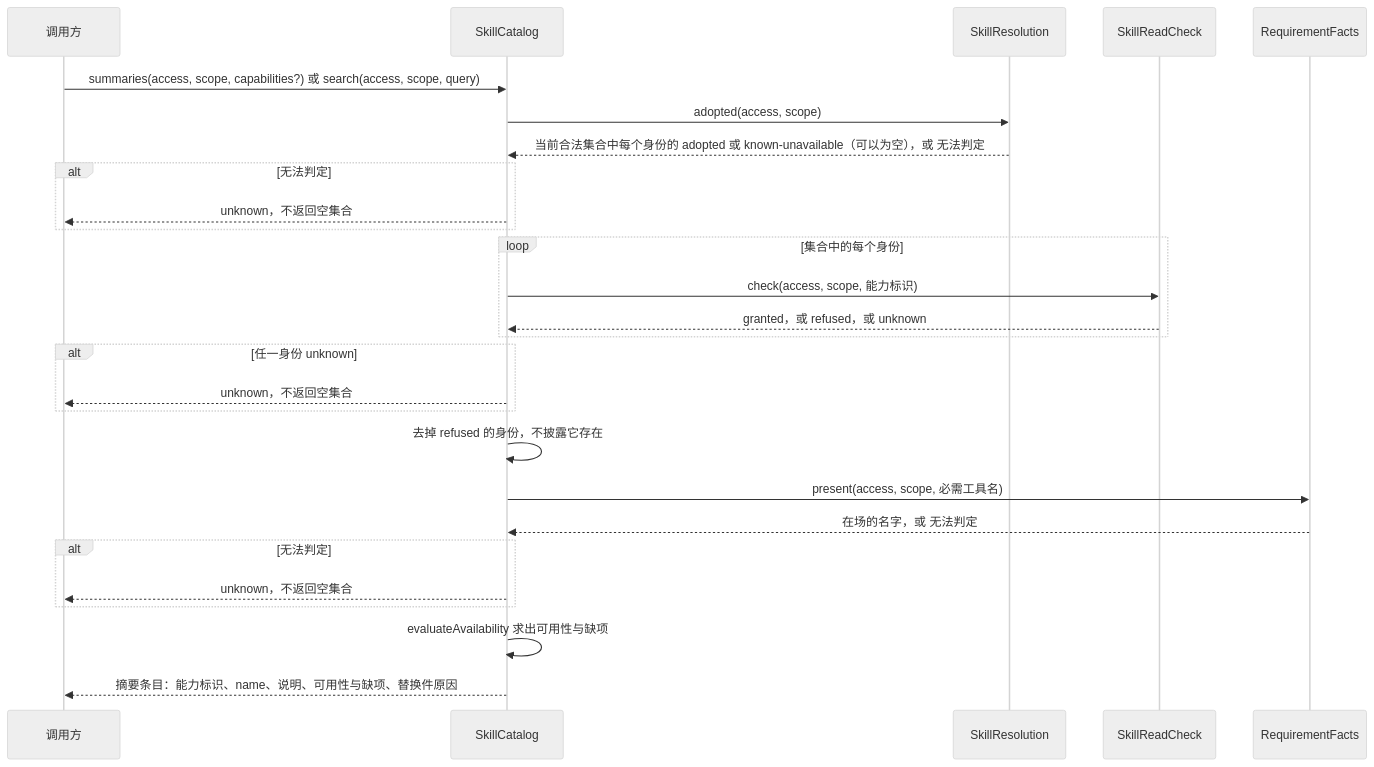
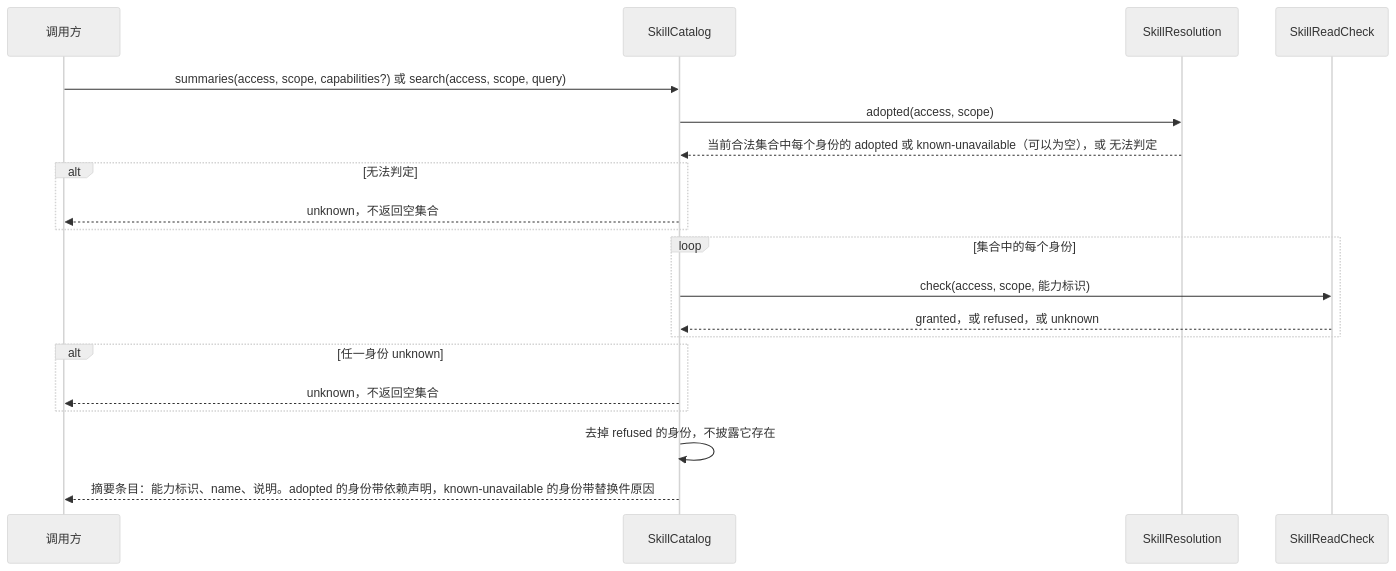
The second of 4 diagrams in packages/skills/docs/key-flows.md (nemori-ai/omne-harness-lite), drawn with Mermaid (neutral theme) before and after one commit. The commit also changed other lines of this file and 3 other files, not shown here.

````diff
--- a/packages/skills/docs/key-flows.md
+++ b/packages/skills/docs/key-flows.md
@@ -46,29 +46,22 @@
 ```mermaid
 sequenceDiagram
   participant C as 调用方
   participant K as SkillCatalog
   participant V as SkillResolution
   participant E as SkillReadCheck
-  participant F as RequirementFacts
   C->>K: summaries(access, scope, capabilities?) 或 search(access, scope, query)
   K->>V: adopted(access, scope)
   V-->>K: 当前合法集合中每个身份的 adopted 或 known-unavailable（可以为空），或 无法判定
   alt 无法判定
     K-->>C: unknown，不返回空集合
   end
   loop 集合中的每个身份
     K->>E: check(access, scope, 能力标识)
     E-->>K: granted，或 refused，或 unknown
   end
   alt 任一身份 unknown
     K-->>C: unknown，不返回空集合
   end
   K->>K: 去掉 refused 的身份，不披露它存在
-  K->>F: present(access, scope, 必需工具名)
-  F-->>K: 在场的名字，或 无法判定
-  alt 无法判定
-    K-->>C: unknown，不返回空集合
-  end
-  K->>K: evaluateAvailability 求出可用性与缺项
-  K-->>C: 摘要条目：能力标识、name、说明、可用性与缺项、替换件原因
+  K-->>C: 摘要条目：能力标识、name、说明。adopted 的身份带依赖声明，known-unavailable 的身份带替换件原因
 ```
````
